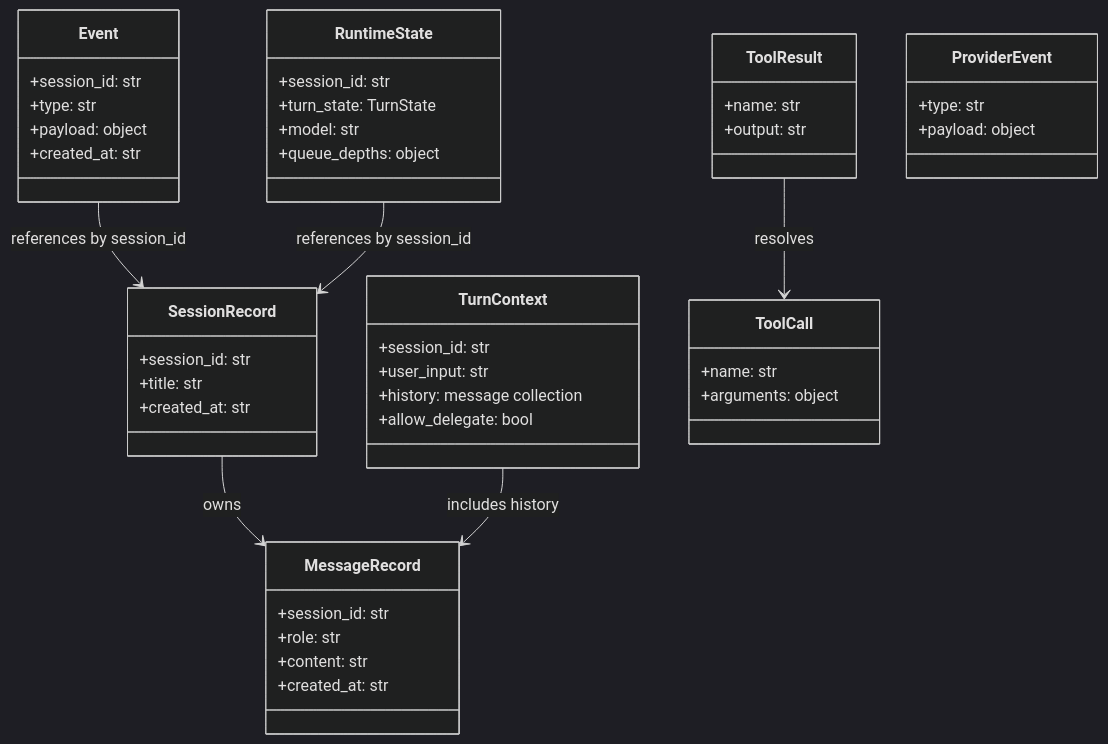
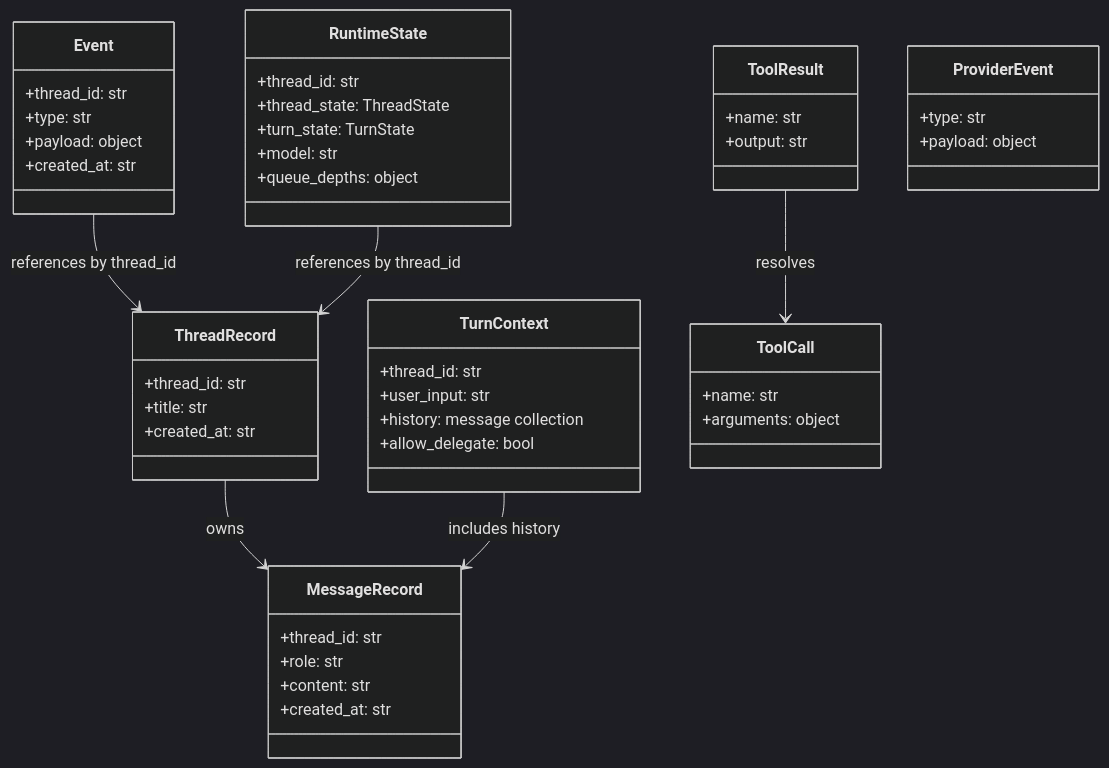
The fourth of 8 diagrams in docs/architecture.md (yao-creative/anti-tech-debt), drawn with Mermaid (dark theme) before and after one commit. The commit also changed other lines of this file and 22 other files, not shown here.

Commit message:
Hard cut runtime to thread model

````diff
--- a/docs/architecture.md
+++ b/docs/architecture.md
@@ -137,57 +137,58 @@
 ```mermaid
 classDiagram
-    class SessionRecord {
-      +session_id: str
+    class ThreadRecord {
+      +thread_id: str
       +title: str
       +created_at: str
     }
 
     class MessageRecord {
-      +session_id: str
+      +thread_id: str
       +role: str
       +content: str
       +created_at: str
     }
 
     class TurnContext {
-      +session_id: str
+      +thread_id: str
       +user_input: str
       +history: message collection
       +allow_delegate: bool
     }
 
     class Event {
-      +session_id: str
+      +thread_id: str
       +type: str
       +payload: object
       +created_at: str
     }
 
     class RuntimeState {
-      +session_id: str
+      +thread_id: str
+      +thread_state: ThreadState
       +turn_state: TurnState
       +model: str
       +queue_depths: object
     }
 
     class ToolCall {
       +name: str
       +arguments: object
     }
 
     class ToolResult {
       +name: str
       +output: str
     }
 
     class ProviderEvent {
       +type: str
       +payload: object
     }
 
-    SessionRecord --> MessageRecord : owns
+    ThreadRecord --> MessageRecord : owns
     TurnContext --> MessageRecord : includes history
-    Event --> SessionRecord : references by session_id
-    RuntimeState --> SessionRecord : references by session_id
+    Event --> ThreadRecord : references by thread_id
+    RuntimeState --> ThreadRecord : references by thread_id
     ToolResult --> ToolCall : resolves
 ```
````
